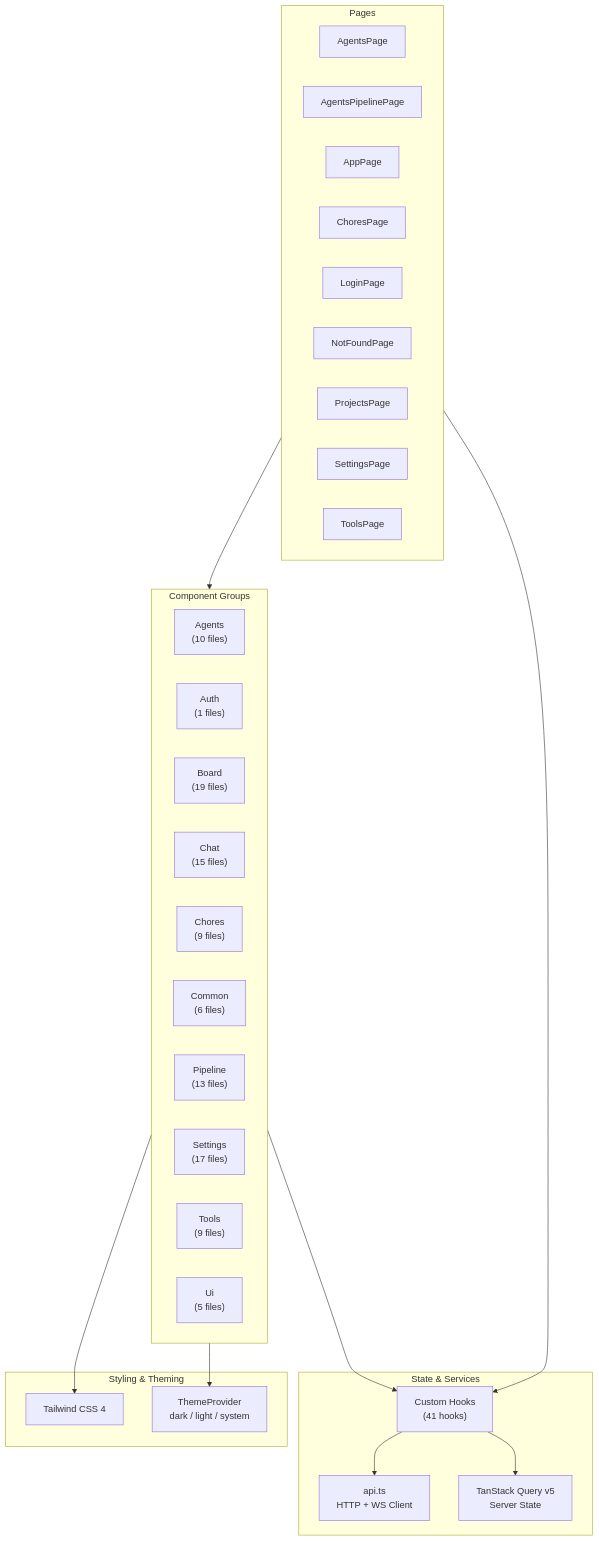
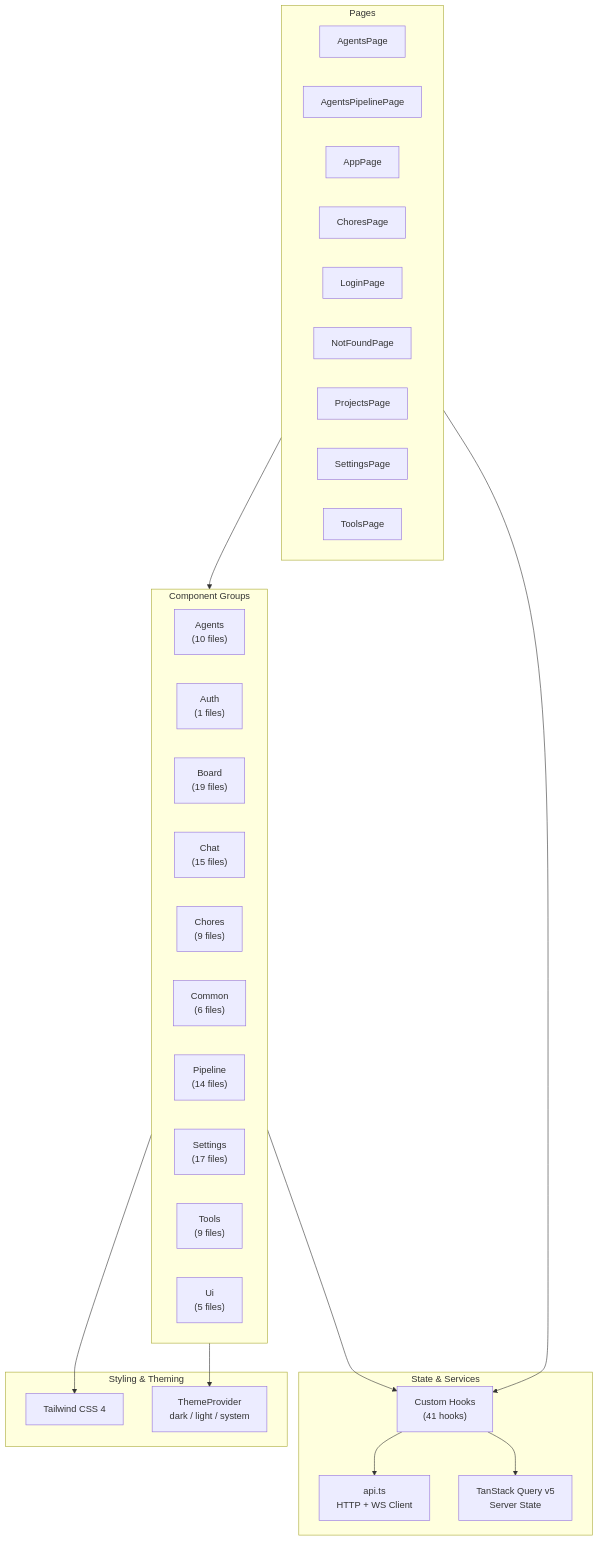
The diagram in docs/architectures/frontend-components.mmd (Boykai/github-workflows), drawn with Mermaid before and after one commit. The commit also changed 32 other files, not shown here.

```diff
--- a/docs/architectures/frontend-components.mmd
+++ b/docs/architectures/frontend-components.mmd
@@ -1,44 +1,44 @@
 graph TB
     subgraph Pages["Pages"]
         P_0["AgentsPage"]
         P_1["AgentsPipelinePage"]
         P_2["AppPage"]
         P_3["ChoresPage"]
         P_4["LoginPage"]
         P_5["NotFoundPage"]
         P_6["ProjectsPage"]
         P_7["SettingsPage"]
         P_8["ToolsPage"]
     end
 
     subgraph Components["Component Groups"]
         C_0["Agents<br/>(10 files)"]
         C_1["Auth<br/>(1 files)"]
         C_2["Board<br/>(19 files)"]
         C_3["Chat<br/>(15 files)"]
         C_4["Chores<br/>(9 files)"]
         C_5["Common<br/>(6 files)"]
-        C_6["Pipeline<br/>(13 files)"]
+        C_6["Pipeline<br/>(14 files)"]
         C_7["Settings<br/>(17 files)"]
         C_8["Tools<br/>(9 files)"]
         C_9["Ui<br/>(5 files)"]
     end
 
     subgraph State["State & Services"]
         Hooks["Custom Hooks<br/>(41 hooks)"]
         API["api.ts<br/>HTTP + WS Client"]
         TQ["TanStack Query v5<br/>Server State"]
     end
 
     subgraph Styling["Styling & Theming"]
         TW["Tailwind CSS 4"]
         Theme["ThemeProvider<br/>dark / light / system"]
     end
 
     Pages --> Components
     Pages --> Hooks
     Components --> Hooks
     Hooks --> API
     Hooks --> TQ
     Components --> TW
     Components --> Theme
```
